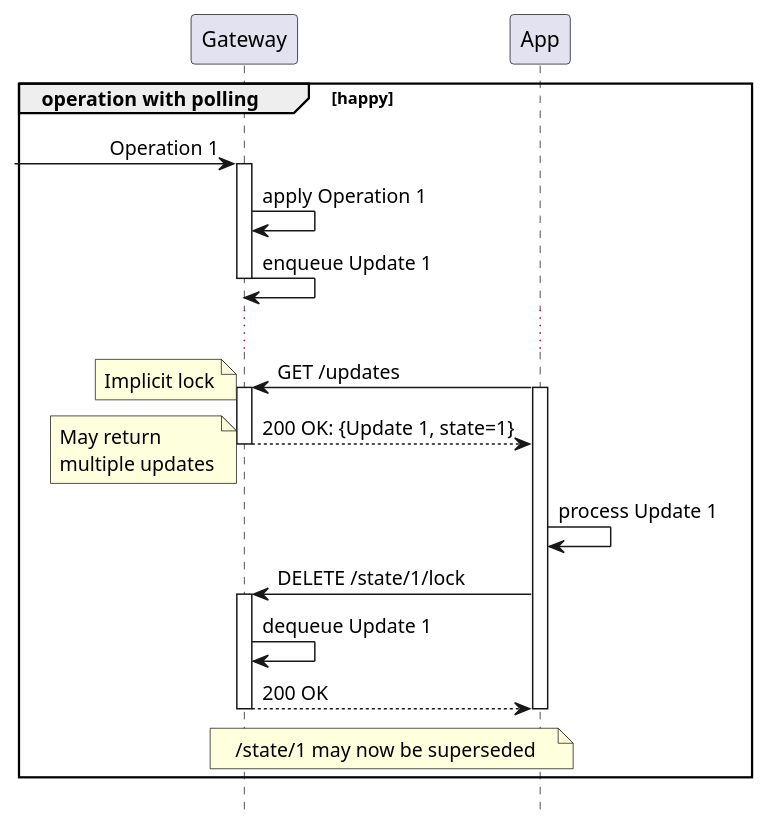
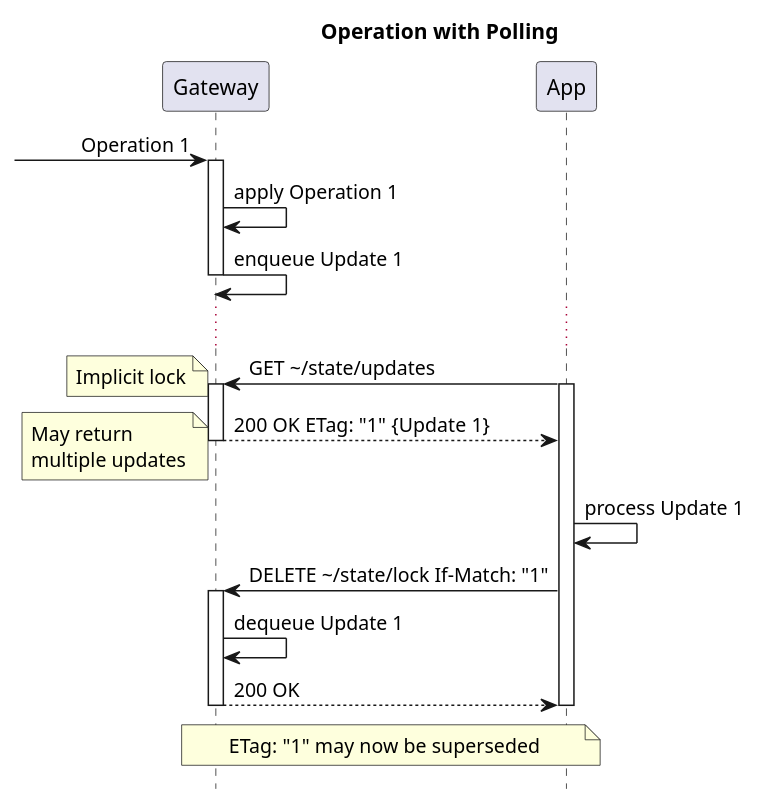
Before and after one commit to m-ld/m-ld-gateway: the diagram in architecture/api/http/3-basic-polling.seq.puml, drawn with PlantUML. The commit also changed 27 other files, not shown here.

```diff
--- a/architecture/api/http/3-basic-polling.seq.puml
+++ b/architecture/api/http/3-basic-polling.seq.puml
@@ -1,27 +1,27 @@
 @startuml
 'https://plantuml.com/sequence-diagram
 !pragma teoz true
 hide footbox
 
+title: Operation with Polling
+
 participant Gateway as gw
 participant "App" as app
 
-group operation with polling [happy]
 -> gw ++: Operation 1
 gw -> gw: apply Operation 1
 gw -> gw --: enqueue Update 1
 ...
-app -> gw ++: GET /updates
+app -> gw ++: GET \~/state/updates
 activate app
 note left: Implicit lock
-return 200 OK: {Update 1, state=1}
+return 200 OK ETag: "1" {Update 1}
 note left: May return\nmultiple updates
 app -> app: process Update 1
-app -> gw ++: DELETE /state/1/lock
+app -> gw ++: DELETE \~/state/lock If-Match: "1"
 gw -> gw: dequeue Update 1
 return 200 OK
 deactivate app
-note across: /state/1 may now be superseded
-end group
+note across: ETag: "1" may now be superseded
 
 @enduml
```
